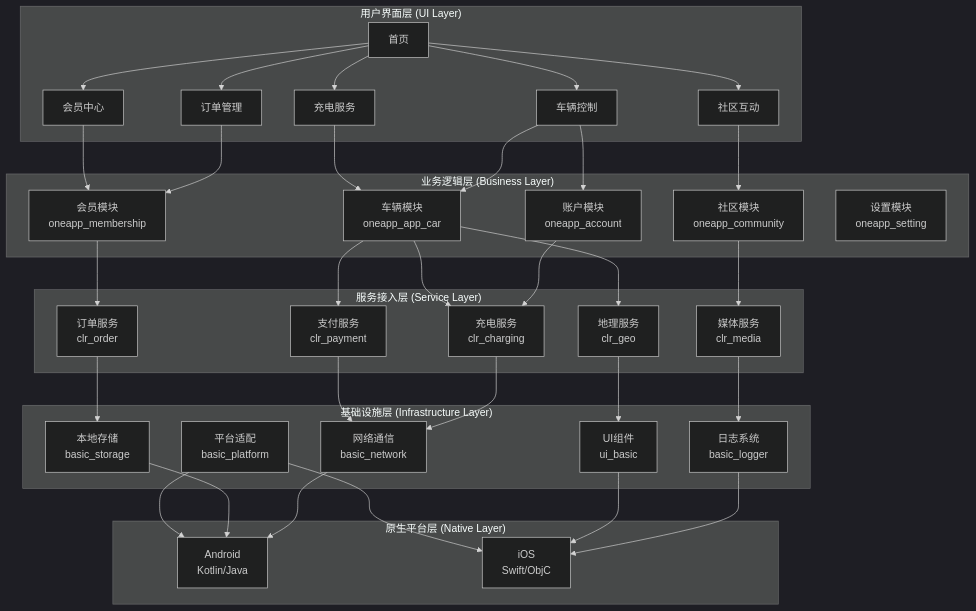
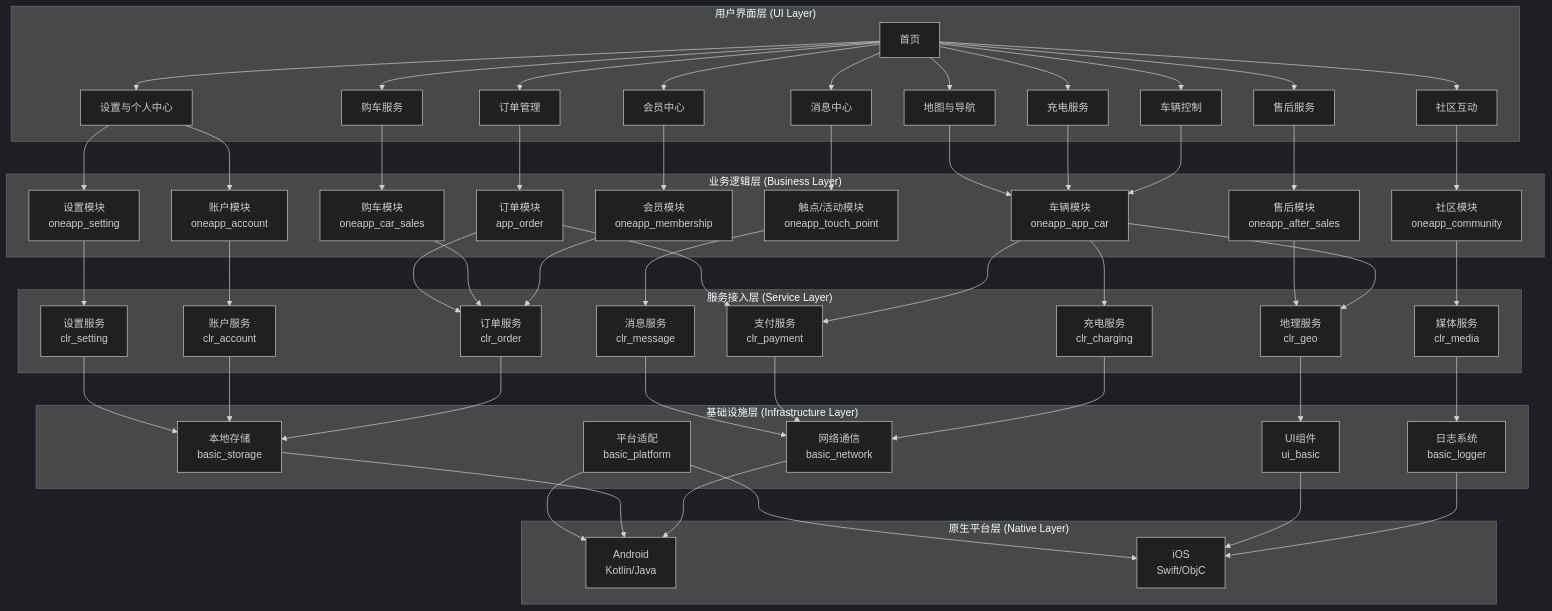
Diagram 15 of 23 in OneApp架构设计文档.md (aichiko0225/oneapp_docs), drawn with Mermaid (dark theme) before and after one commit.

Commit message:
docs: update OneApp architecture diagram with new modules

```diff
--- a/OneApp架构设计文档.md
+++ b/OneApp架构设计文档.md
@@ -1675,6 +1675,11 @@
         A --> A3[订单管理]
         A --> A4[社区互动]
         A --> A5[会员中心]
+        A --> A6[售后服务]
+        A --> A7[购车服务]
+        A --> A8[地图与导航]
+        A --> A9[消息中心]
+        A --> A10[设置与个人中心]
     end
     
     subgraph "业务逻辑层 (Business Layer)"
@@ -1683,6 +1688,10 @@
         B3[社区模块<br/>oneapp_community]
         B4[会员模块<br/>oneapp_membership]
         B5[设置模块<br/>oneapp_setting]
+        B6[售后模块<br/>oneapp_after_sales]
+        B7[购车模块<br/>oneapp_car_sales]
+        B8[触点/活动模块<br/>oneapp_touch_point]
+        B9[订单模块<br/>app_order]
     end
     
     subgraph "服务接入层 (Service Layer)"
@@ -1691,6 +1700,9 @@
         C3[订单服务<br/>clr_order]
         C4[媒体服务<br/>clr_media]
         C5[地理服务<br/>clr_geo]
+        C6[消息服务<br/>clr_message]
+        C7[账户服务<br/>clr_account]
+        C8[设置服务<br/>clr_setting]
     end
     
     subgraph "基础设施层 (Infrastructure Layer)"
@@ -1706,25 +1718,39 @@
         E2[iOS<br/>Swift/ObjC]
     end
     
-    A1 --> B1
     A1 --> B2
     A2 --> B2
-    A3 --> B4
+    A3 --> B9
     A4 --> B3
     A5 --> B4
+    A6 --> B6
+    A7 --> B7
+    A8 --> B2
+    A9 --> B8
+    A10 --> B5
+    A10 --> B1
     
-    B1 --> C1
+    B1 --> C7
     B2 --> C1
     B2 --> C2
+    B2 --> C5
+    B3 --> C4
     B4 --> C3
-    B3 --> C4
-    B2 --> C5
+    B5 --> C8
+    B6 --> C5
+    B7 --> C3
+    B8 --> C6
+    B9 --> C3
+    B9 --> C2
     
     C1 --> D1
     C2 --> D1
     C3 --> D2
     C4 --> D3
     C5 --> D4
+    C6 --> D1
+    C7 --> D2
+    C8 --> D2
     
     D1 --> E1
     D2 --> E1
```
